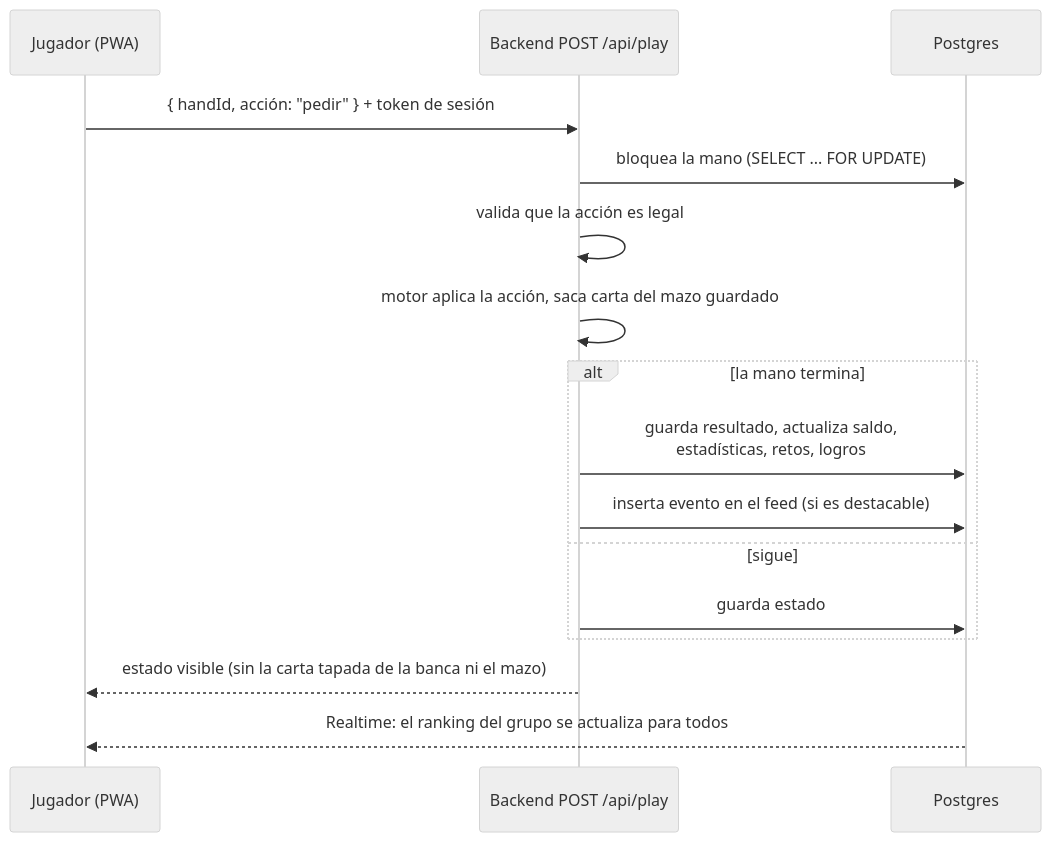
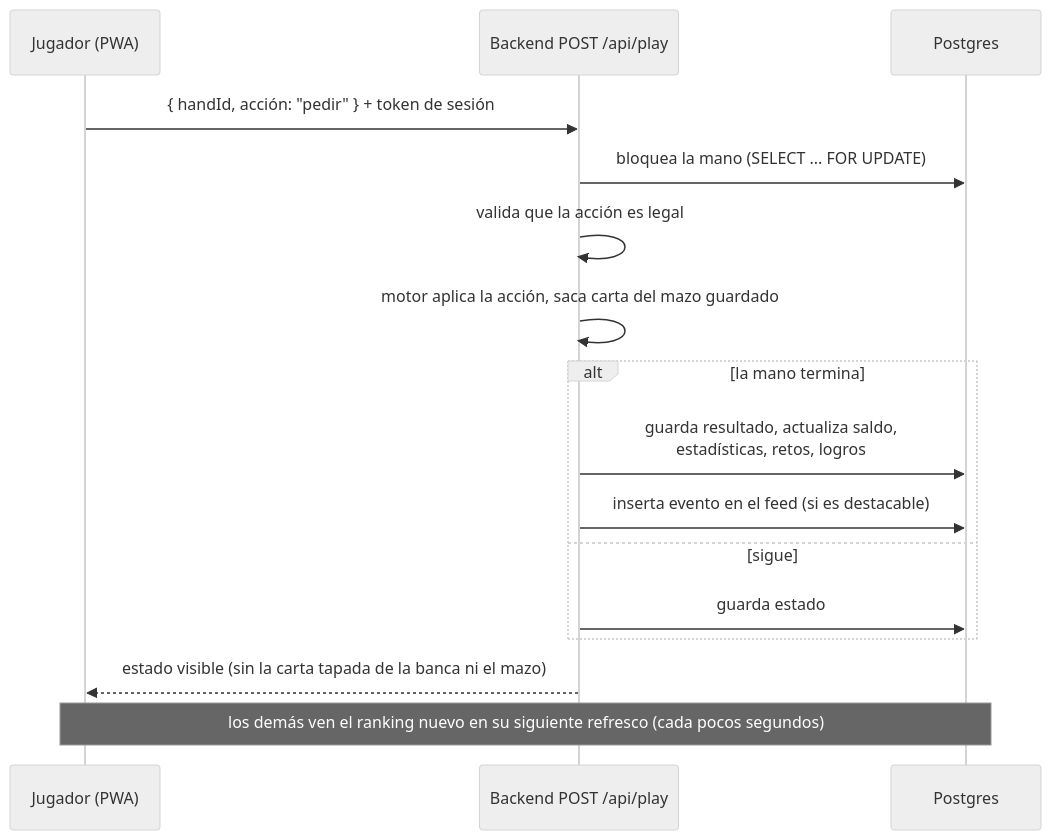
The third of 7 diagrams in docs/DISENO.md (Ronambulo/BlackjackWithFriends), drawn with Mermaid (neutral theme) before and after one commit. The commit also changed other lines of this file and 35 other files, not shown here.

````diff
--- a/docs/DISENO.md
+++ b/docs/DISENO.md
@@ -162,19 +162,19 @@
 ```mermaid
 sequenceDiagram
   participant J as Jugador (PWA)
   participant F as Backend POST /api/play
   participant DB as Postgres
 
   J->>F: { handId, acción: "pedir" } + token de sesión
   F->>DB: bloquea la mano (SELECT ... FOR UPDATE)
   F->>F: valida que la acción es legal
   F->>F: motor aplica la acción, saca carta del mazo guardado
   alt la mano termina
     F->>DB: guarda resultado, actualiza saldo,<br/>estadísticas, retos, logros
     F->>DB: inserta evento en el feed (si es destacable)
   else sigue
     F->>DB: guarda estado
   end
   F-->>J: estado visible (sin la carta tapada de la banca ni el mazo)
-  DB-->>J: Realtime: el ranking del grupo se actualiza para todos
+  Note over J,DB: los demás ven el ranking nuevo en su siguiente refresco (cada pocos segundos)
 ```
````
